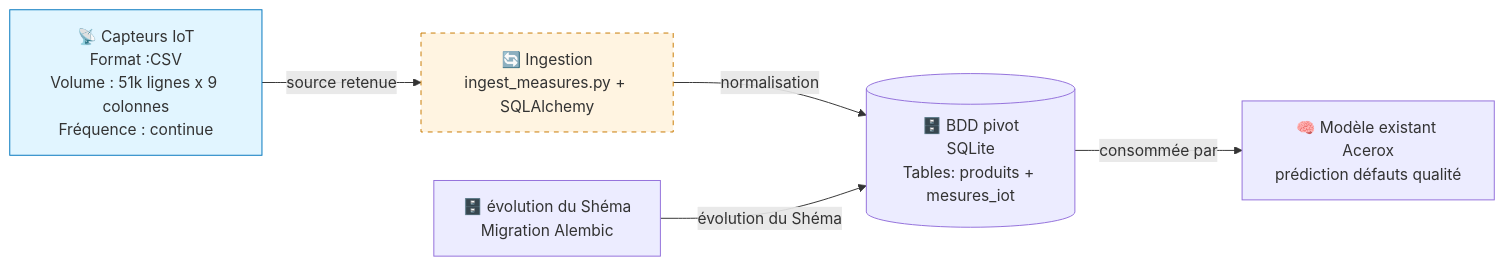
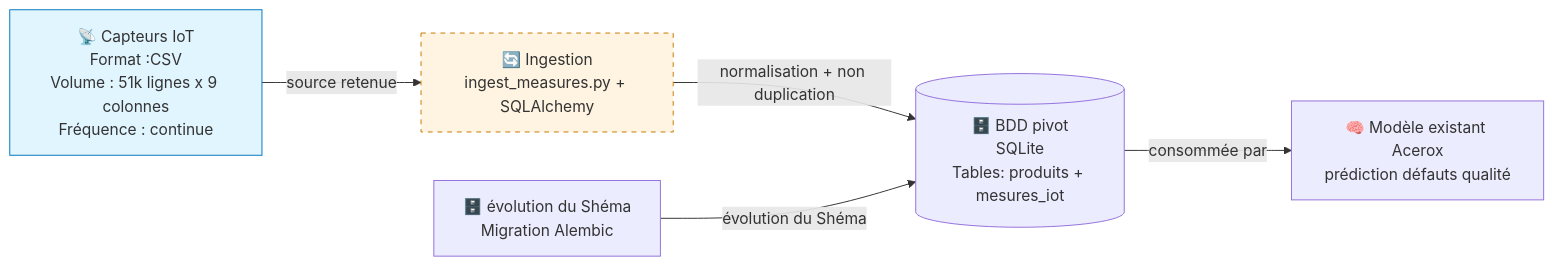
Before and after one commit to joellegermanos-prog/test: the diagram in readme.md, drawn with Mermaid.

Commit message:
Update INGEST process to include non-duplication

````diff
--- a/readme.md
+++ b/readme.md
@@ -55,22 +55,22 @@
 ```mermaid
 flowchart LR
     %% TODO — Compléter avec tes 3 sources retenues + 1 bonus si traité
 
     SRC1[📡 Capteurs IoT<br/>Format :CSV<br/>Volume : 51k lignes x 9 colonnes<br/>Fréquence : continue]
 
 
     INGEST[🔄 Ingestion<br/>ingest_measures.py + SQLAlchemy]
     SHEMA[🗄️ évolution du Shéma<br/>Migration Alembic]
     BDD[(🗄️ BDD pivot<br/>SQLite<br/>Tables: produits + mesures_iot)]
     MODEL[🧠 Modèle existant Acerox<br/>prédiction défauts qualité]
 
     SRC1 --> |source retenue|INGEST
-    INGEST -->|normalisation | BDD
+    INGEST -->|normalisation + non duplication | BDD
     SHEMA -->|évolution du Shéma| BDD
     BDD -->|consommée par| MODEL
 
     classDef source fill:#e1f5ff,stroke:#0277bd
     classDef tofix fill:#fff4e1,stroke:#c97a00,stroke-dasharray: 5 5
     class SRC1,SRC2,SRC3 source
     class INGEST tofix
 ```
````
